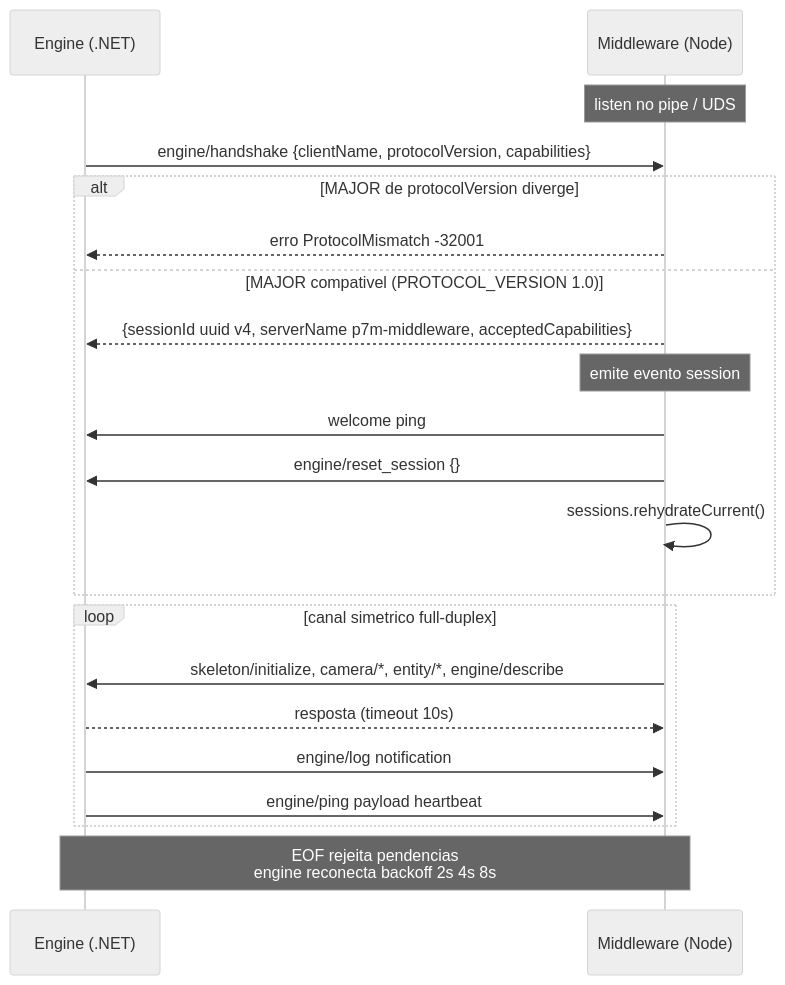
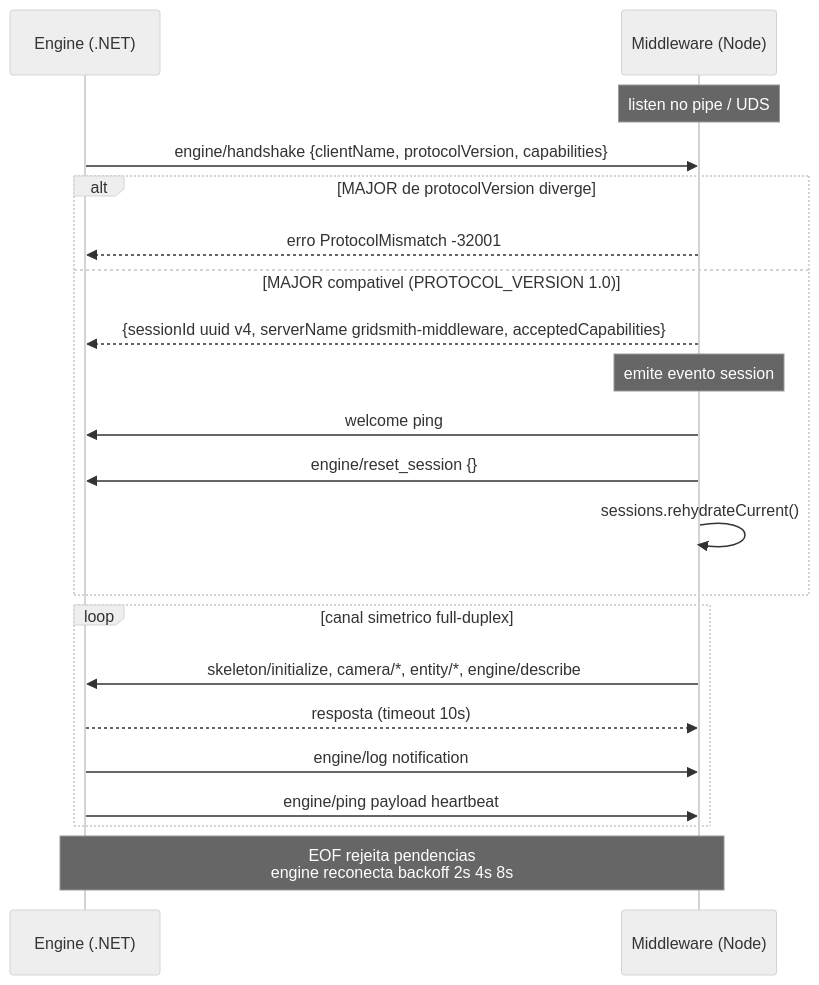
The fourth of 4 diagrams in contracts/README.md (flaviotinococoutinho/Gridsmith), drawn with Mermaid (neutral theme) before and after one commit. The commit also changed other lines of this file and 220 other files, not shown here.

````diff
--- a/contracts/README.md
+++ b/contracts/README.md
@@ -181,23 +181,23 @@
 ```mermaid
 sequenceDiagram
   participant E as Engine (.NET)
   participant M as Middleware (Node)
   Note over M: listen no pipe / UDS
   E->>M: engine/handshake {clientName, protocolVersion, capabilities}
   alt MAJOR de protocolVersion diverge
     M-->>E: erro ProtocolMismatch -32001
   else MAJOR compativel (PROTOCOL_VERSION 1.0)
-    M-->>E: {sessionId uuid v4, serverName p7m-middleware, acceptedCapabilities}
+    M-->>E: {sessionId uuid v4, serverName gridsmith-middleware, acceptedCapabilities}
     Note over M: emite evento session
     M->>E: welcome ping
     M->>E: engine/reset_session {}
     M->>M: sessions.rehydrateCurrent()
   end
   loop canal simetrico full-duplex
     M->>E: skeleton/initialize, camera/*, entity/*, engine/describe
     E-->>M: resposta (timeout 10s)
     E->>M: engine/log notification
     E->>M: engine/ping payload heartbeat
   end
   Note over E,M: EOF rejeita pendencias<br/>engine reconecta backoff 2s 4s 8s
 ```
````
